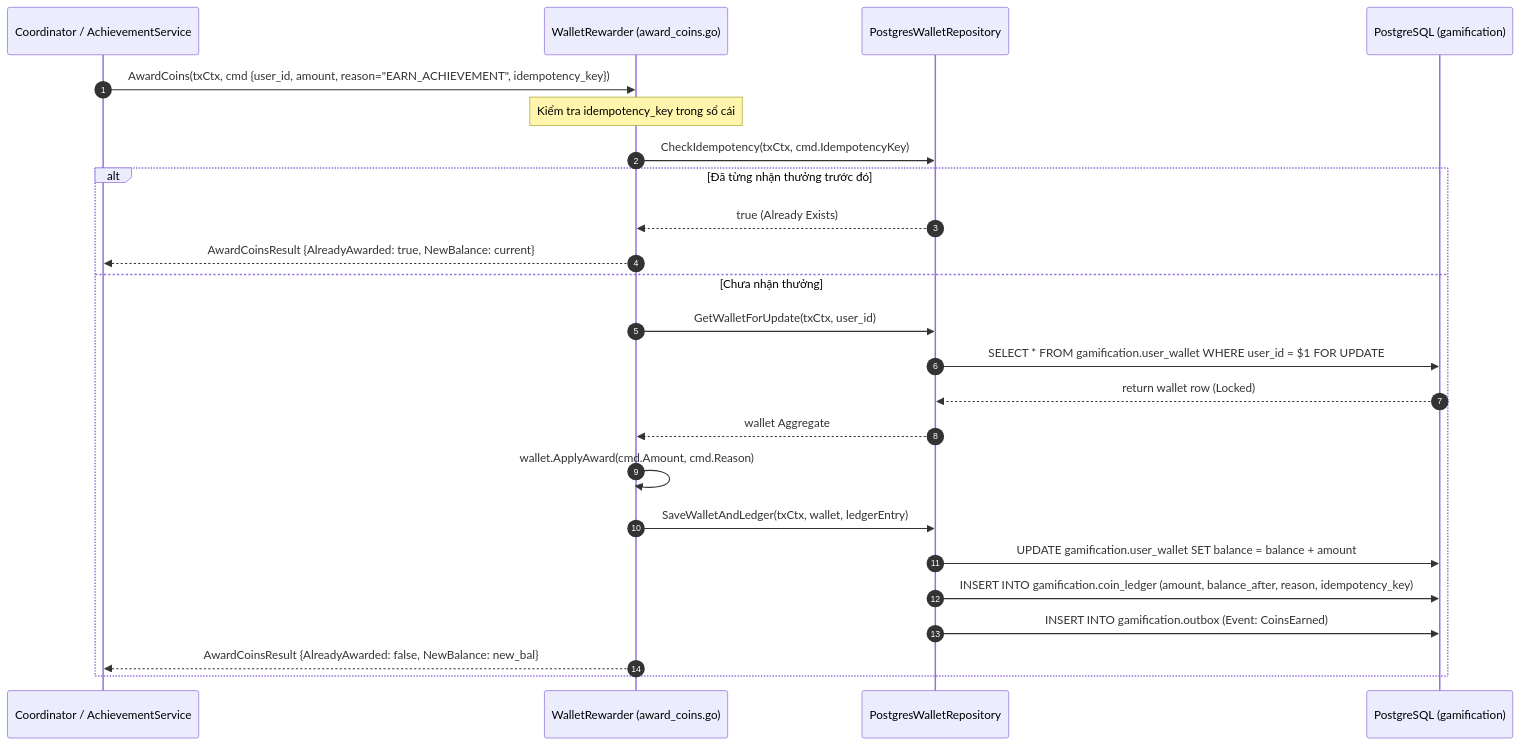
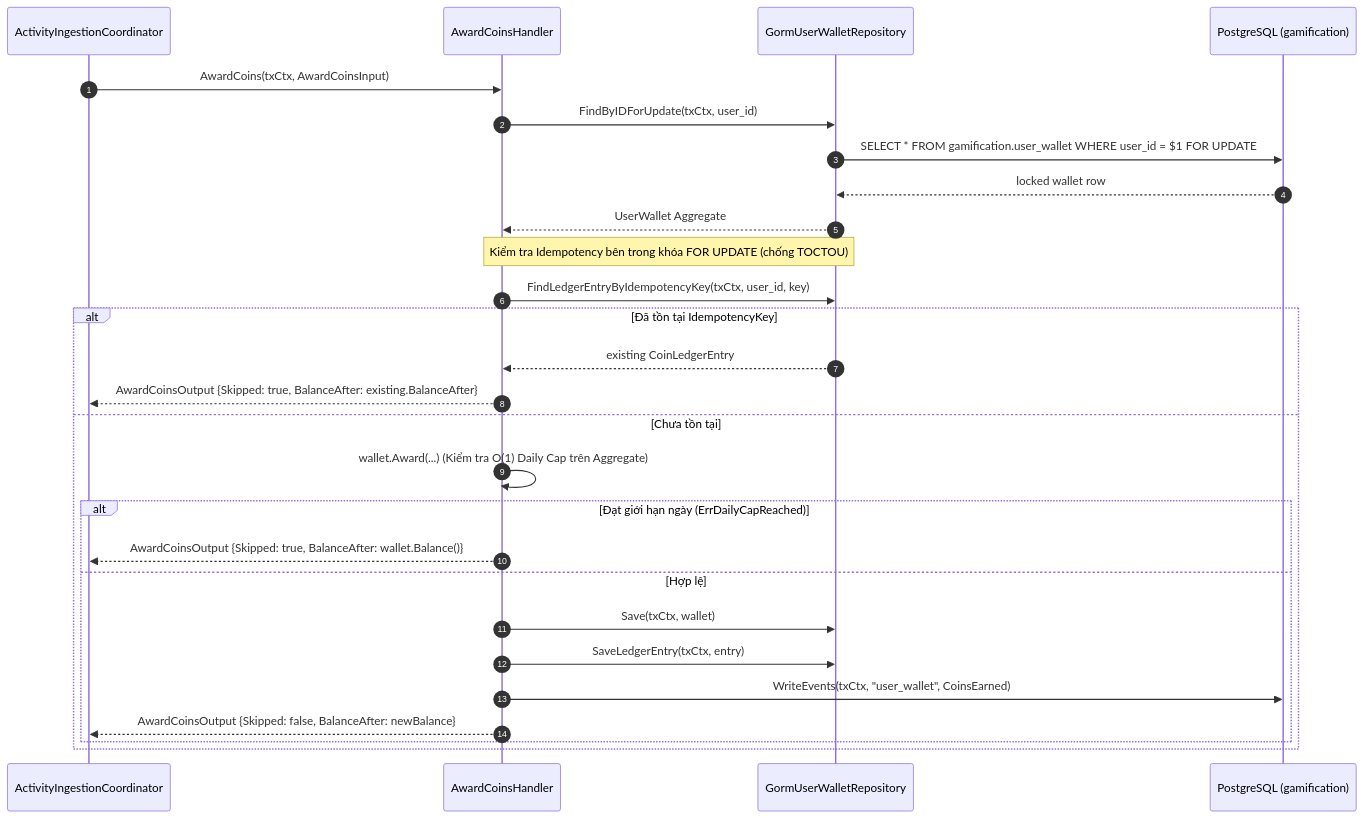
The third of 4 diagrams in internal/gamification/docs/features/fitcoins-and-ledger/02-design.md (viethung213/gym-companion), drawn with Mermaid before and after one commit. The commit also changed other lines of this file and 4 other files, not shown here.

Commit message:
📝 docs(gamification): sync fitcoins wallet architecture, spec, design, and task docs

````diff
--- a/internal/gamification/docs/features/fitcoins-and-ledger/02-design.md
+++ b/internal/gamification/docs/features/fitcoins-and-ledger/02-design.md
@@ -156,29 +140,31 @@
 ```mermaid
 sequenceDiagram
     autonumber
-    participant Caller as Coordinator / AchievementService
-    participant Port as WalletRewarder (award_coins.go)
-    participant Repo as PostgresWalletRepository
+    participant Coord as ActivityIngestionCoordinator
+    participant Handler as AwardCoinsHandler
+    participant Repo as GormUserWalletRepository
     participant DB as PostgreSQL (gamification)
 
-    Caller->>Port: AwardCoins(txCtx, cmd {user_id, amount, reason="EARN_ACHIEVEMENT", idempotency_key})
-    
-    Note over Port: Kiểm tra idempotency_key trong sổ cái
-    Port->>Repo: CheckIdempotency(txCtx, cmd.IdempotencyKey)
-    alt Đã từng nhận thưởng trước đó
-        Repo-->>Port: true (Already Exists)
-        Port-->>Caller: AwardCoinsResult {AlreadyAwarded: true, NewBalance: current}
-    else Chưa nhận thưởng
-        Port->>Repo: GetWalletForUpdate(txCtx, user_id)
-        Repo->>DB: SELECT * FROM gamification.user_wallet WHERE user_id = $1 FOR UPDATE
-        DB-->>Repo: return wallet row (Locked)
-        Repo-->>Port: wallet Aggregate
-        
-        Port->>Port: wallet.ApplyAward(cmd.Amount, cmd.Reason)
-        Port->>Repo: SaveWalletAndLedger(txCtx, wallet, ledgerEntry)
-        Repo->>DB: UPDATE gamification.user_wallet SET balance = balance + amount
-        Repo->>DB: INSERT INTO gamification.coin_ledger (amount, balance_after, reason, idempotency_key)
-        Repo->>DB: INSERT INTO gamification.outbox (Event: CoinsEarned)
-        Port-->>Caller: AwardCoinsResult {AlreadyAwarded: false, NewBalance: new_bal}
+    Coord->>Handler: AwardCoins(txCtx, AwardCoinsInput)
+    Handler->>Repo: FindByIDForUpdate(txCtx, user_id)
+    Repo->>DB: SELECT * FROM gamification.user_wallet WHERE user_id = $1 FOR UPDATE
+    DB-->>Repo: locked wallet row
+    Repo-->>Handler: UserWallet Aggregate
+
+    Note over Handler,Repo: Kiểm tra Idempotency bên trong khóa FOR UPDATE (chống TOCTOU)
+    Handler->>Repo: FindLedgerEntryByIdempotencyKey(txCtx, user_id, key)
+    alt Đã tồn tại IdempotencyKey
+        Repo-->>Handler: existing CoinLedgerEntry
+        Handler-->>Coord: AwardCoinsOutput {Skipped: true, BalanceAfter: existing.BalanceAfter}
+    else Chưa tồn tại
+        Handler->>Handler: wallet.Award(...) (Kiểm tra O(1) Daily Cap trên Aggregate)
+        alt Đạt giới hạn ngày (ErrDailyCapReached)
+            Handler-->>Coord: AwardCoinsOutput {Skipped: true, BalanceAfter: wallet.Balance()}
+        else Hợp lệ
+            Handler->>Repo: Save(txCtx, wallet)
+            Handler->>Repo: SaveLedgerEntry(txCtx, entry)
+            Handler->>DB: WriteEvents(txCtx, "user_wallet", CoinsEarned)
+            Handler-->>Coord: AwardCoinsOutput {Skipped: false, BalanceAfter: newBalance}
+        end
     end
 ```
````
